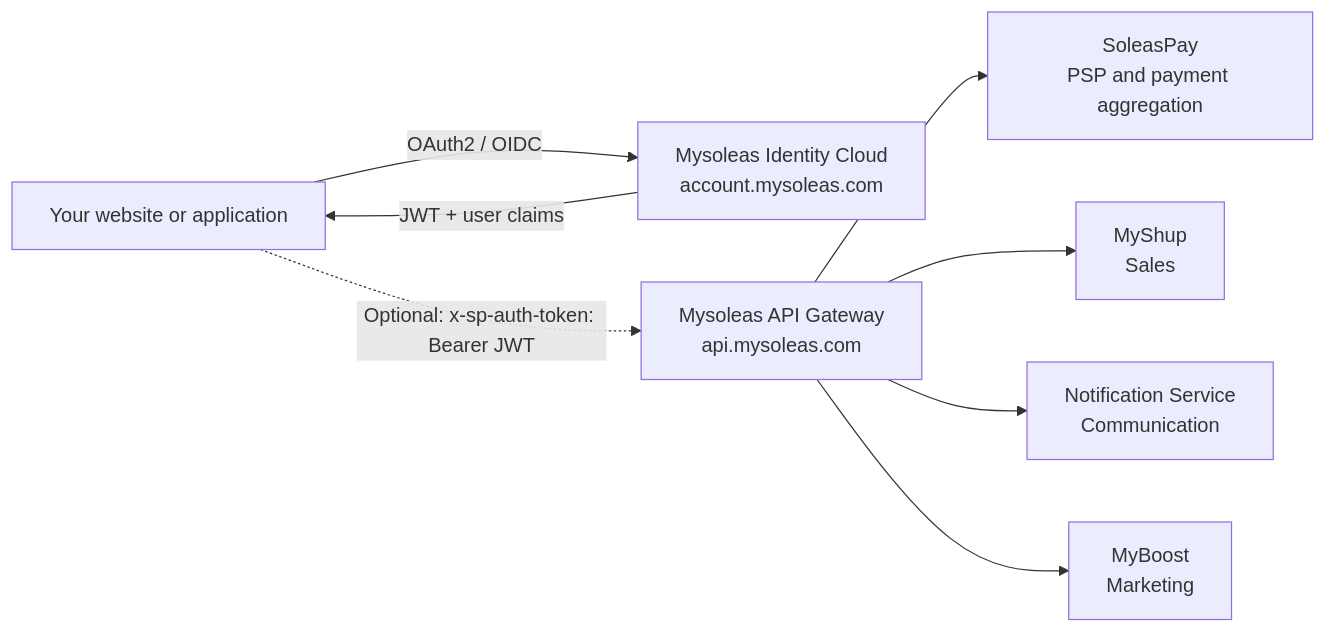
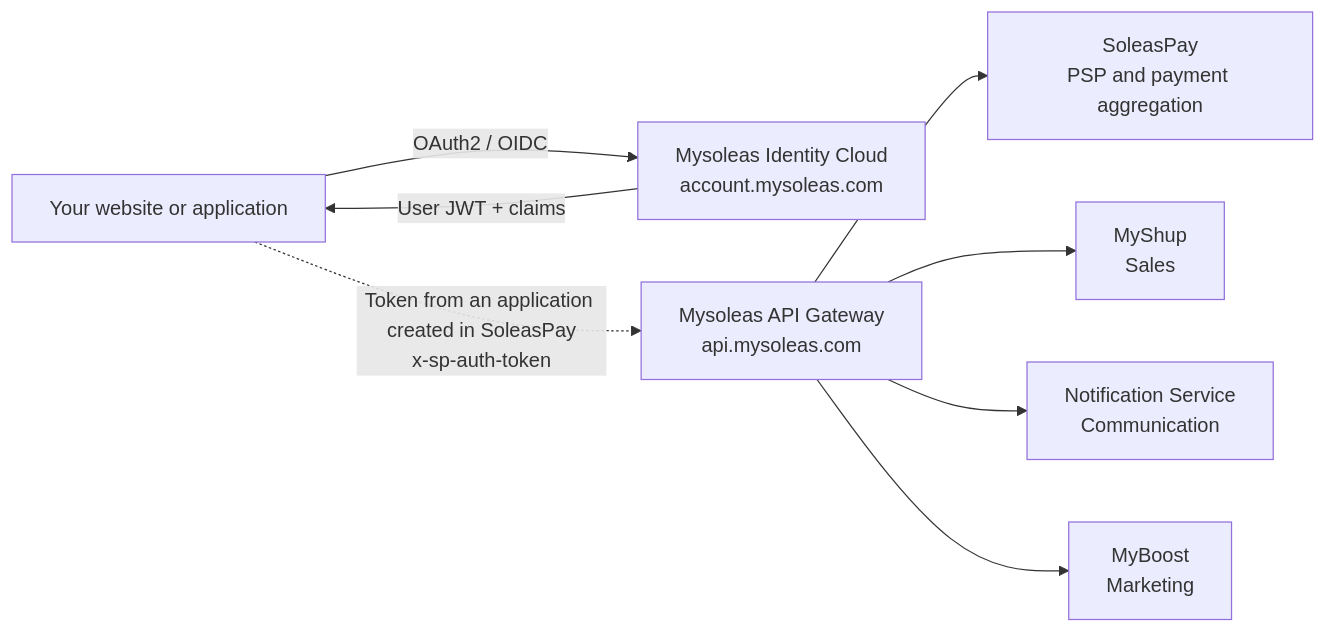
Before and after one commit to MYSOLEAS/documentation: the diagram in en/api-docs/architecture.mdx, drawn with Mermaid. The commit also changed other lines of this file and 21 other files, not shown here.

````diff
--- a/en/api-docs/architecture.mdx
+++ b/en/api-docs/architecture.mdx
@@ -10,18 +10,18 @@
 ```mermaid
 flowchart LR
   App["Your website or application"]
   Auth["Mysoleas Identity Cloud<br/>account.mysoleas.com"]
   Gateway["Mysoleas API Gateway<br/>api.mysoleas.com"]
   Pay["SoleasPay<br/>PSP and payment aggregation"]
   Shup["MyShup<br/>Sales"]
   Notify["Notification Service<br/>Communication"]
   Boost["MyBoost<br/>Marketing"]
 
   App -->|"OAuth2 / OIDC"| Auth
-  Auth -->|"JWT + user claims"| App
-  App -.->|"Optional: x-sp-auth-token: Bearer JWT"| Gateway
+  Auth -->|"User JWT + claims"| App
+  App -.->|"Token from an application created in SoleasPay<br/>x-sp-auth-token"| Gateway
   Gateway --> Pay
   Gateway --> Shup
   Gateway --> Notify
   Gateway --> Boost
 ```
````
